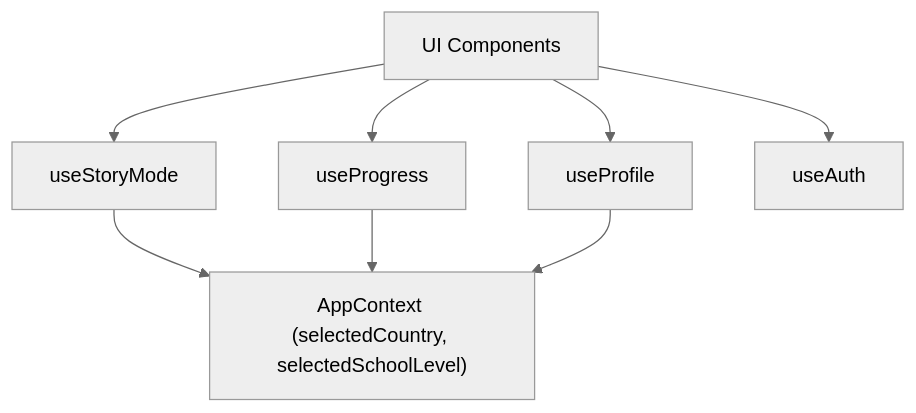
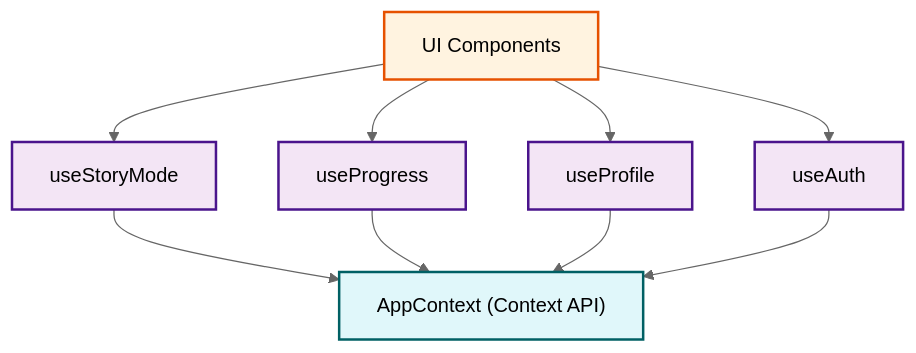
The diagram in docs/API_REFERENCE.md (ll7098ll/prism), drawn with Mermaid (neutral theme) before and after one commit. The commit also changed other lines of this file and 12 other files, not shown here.

````diff
--- a/docs/API_REFERENCE.md
+++ b/docs/API_REFERENCE.md
@@ -9,11 +13,16 @@
 ```mermaid
 graph TD
-    UI[UI Components] --> HookA[useStoryMode]
-    UI --> HookB[useProgress]
-    UI --> HookC[useProfile]
-    UI --> HookD[useAuth]
+    classDef hook fill:#f3e5f5,stroke:#4a148c,stroke-width:2px,color:#000;
+    classDef context fill:#e0f7fa,stroke:#006064,stroke-width:2px,color:#000;
+    classDef comp fill:#fff3e0,stroke:#e65100,stroke-width:2px,color:#000;
+
+    UI[UI Components]:::comp --> HookA[useStoryMode]:::hook
+    UI --> HookB[useProgress]:::hook
+    UI --> HookC[useProfile]:::hook
+    UI --> HookD[useAuth]:::hook
     
-    HookA --> HookState["AppContext (selectedCountry, selectedSchoolLevel)"]
+    HookA --> HookState["AppContext (Context API)"]:::context
     HookB --> HookState
     HookC --> HookState
+    HookD --> HookState
 ```
````
